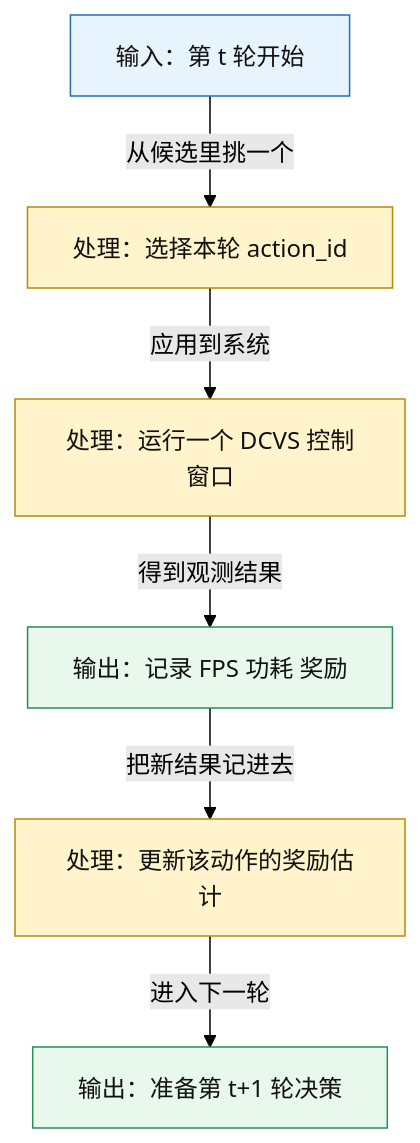
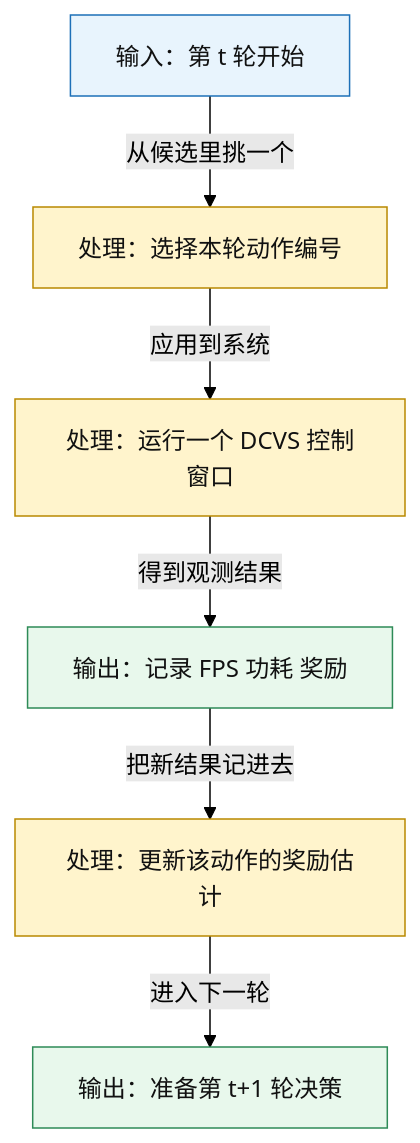
The first of 7 diagrams in learn/04_Multi_Armed_Bandits.md (Mrphase/RL-Doc), drawn with Mermaid (forest theme) before and after one commit. The commit also changed other lines of this file and 14 other files, not shown here.

First line of the commit message:
fix: clean mermaid labels in learn docs

````diff
--- a/learn/04_Multi_Armed_Bandits.md
+++ b/learn/04_Multi_Armed_Bandits.md
@@ -70,16 +70,16 @@
 ```mermaid
 flowchart TD
-    A[输入：第 t 轮开始] -->|从候选里挑一个| B[处理：选择本轮 action_id]
+    A[输入：第 t 轮开始] -->|从候选里挑一个| B[处理：选择本轮动作编号]
     B -->|应用到系统| C[处理：运行一个 DCVS 控制窗口]
     C -->|得到观测结果| D[输出：记录 FPS 功耗 奖励]
     D -->|把新结果记进去| E[处理：更新该动作的奖励估计]
     E -->|进入下一轮| F[输出：准备第 t+1 轮决策]
 
     classDef input fill:#E8F4FD,stroke:#1D70B8,color:#111;
     classDef process fill:#FFF4CC,stroke:#B98900,color:#111;
     classDef output fill:#E8F8EC,stroke:#2E8B57,color:#111;
 
     class A input;
     class B,C,E process;
     class D,F output;
 ```
````
